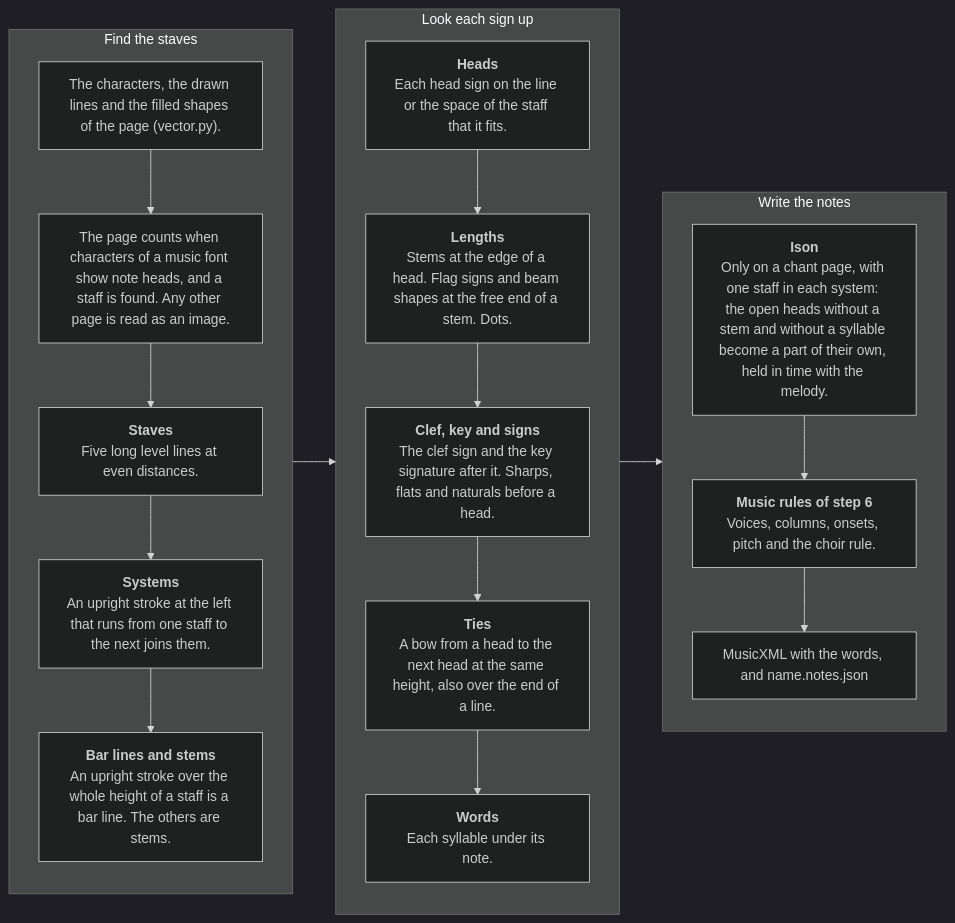
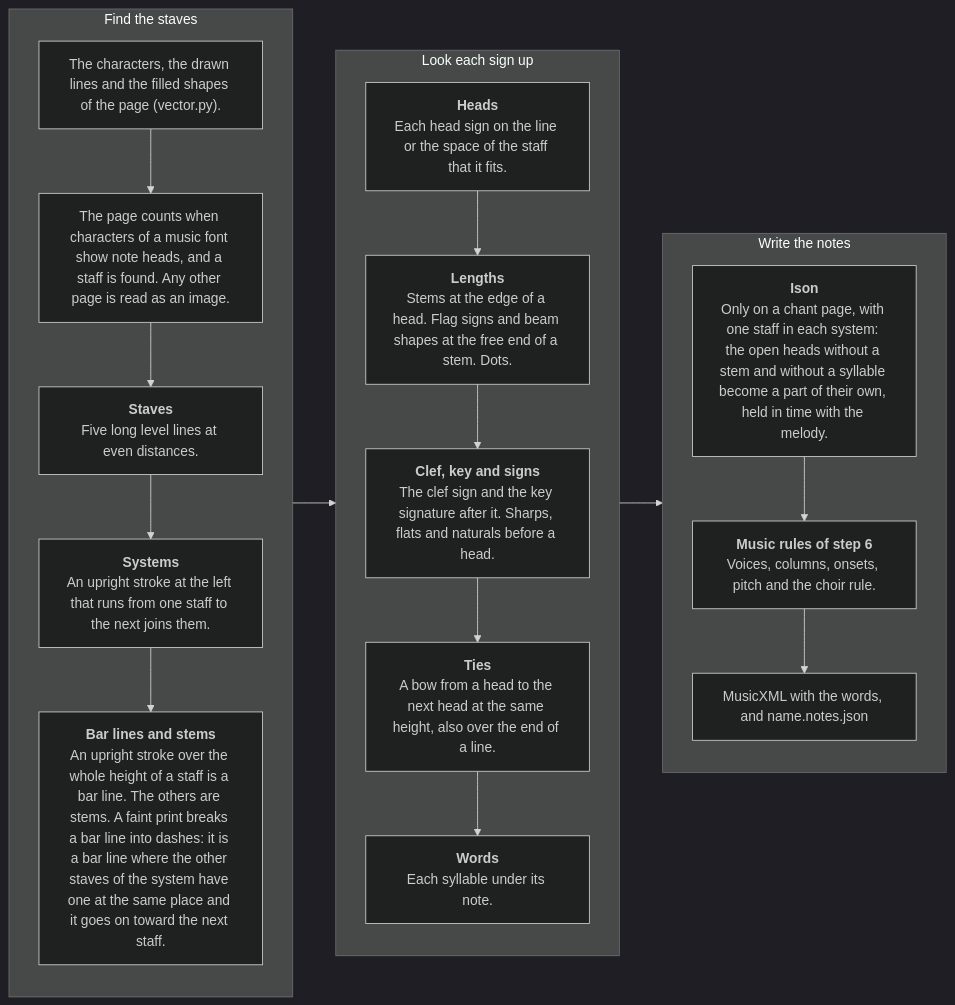
The tenth of 12 diagrams in README.md (sweet-cicero/ScoreReader), drawn with Mermaid (dark theme) before and after one commit. The commit also changed other lines of this file and 5 other files, not shown here.

First line of the commit message:
Wrong pitches on the clean copies: faded sharps, faint bar lines, heavy sharps

````diff
--- a/README.md
+++ b/README.md
@@ -274,29 +274,29 @@
 ```mermaid
 flowchart LR
     subgraph lay["Find the staves"]
         direction TB
         p1["The characters, the drawn lines and the filled shapes of the page (vector.py)."]
         p2["The page counts when characters of a music font show note heads, and a staff is found. Any other page is read as an image."]
         p3["<b>Staves</b><br/>Five long level lines at even distances."]
         p4["<b>Systems</b><br/>An upright stroke at the left that runs from one staff to the next joins them."]
-        p5["<b>Bar lines and stems</b><br/>An upright stroke over the whole height of a staff is a bar line. The others are stems."]
+        p5["<b>Bar lines and stems</b><br/>An upright stroke over the whole height of a staff is a bar line. The others are stems. A faint print breaks a bar line into dashes: it is a bar line where the other staves of the system have one at the same place and it goes on toward the next staff."]
         p1 --> p2 --> p3 --> p4 --> p5
     end
     subgraph signs["Look each sign up"]
         direction TB
         q1["<b>Heads</b><br/>Each head sign on the line or the space of the staff that it fits."]
         q2["<b>Lengths</b><br/>Stems at the edge of a head. Flag signs and beam shapes at the free end of a stem. Dots."]
         q3["<b>Clef, key and signs</b><br/>The clef sign and the key signature after it. Sharps, flats and naturals before a head."]
         q4["<b>Ties</b><br/>A bow from a head to the next head at the same height, also over the end of a line."]
         q5["<b>Words</b><br/>Each syllable under its note."]
         q1 --> q2 --> q3 --> q4 --> q5
     end
     subgraph write["Write the notes"]
         direction TB
         r1["<b>Ison</b><br/>Only on a chant page, with one staff in each system: the open heads without a stem and without a syllable become a part of their own, held in time with the melody."]
         r2["<b>Music rules of step 6</b><br/>Voices, columns, onsets, pitch and the choir rule."]
         r3["MusicXML with the words, and name.notes.json"]
         r1 --> r2 --> r3
     end
     lay --> signs --> write
 ```
````
